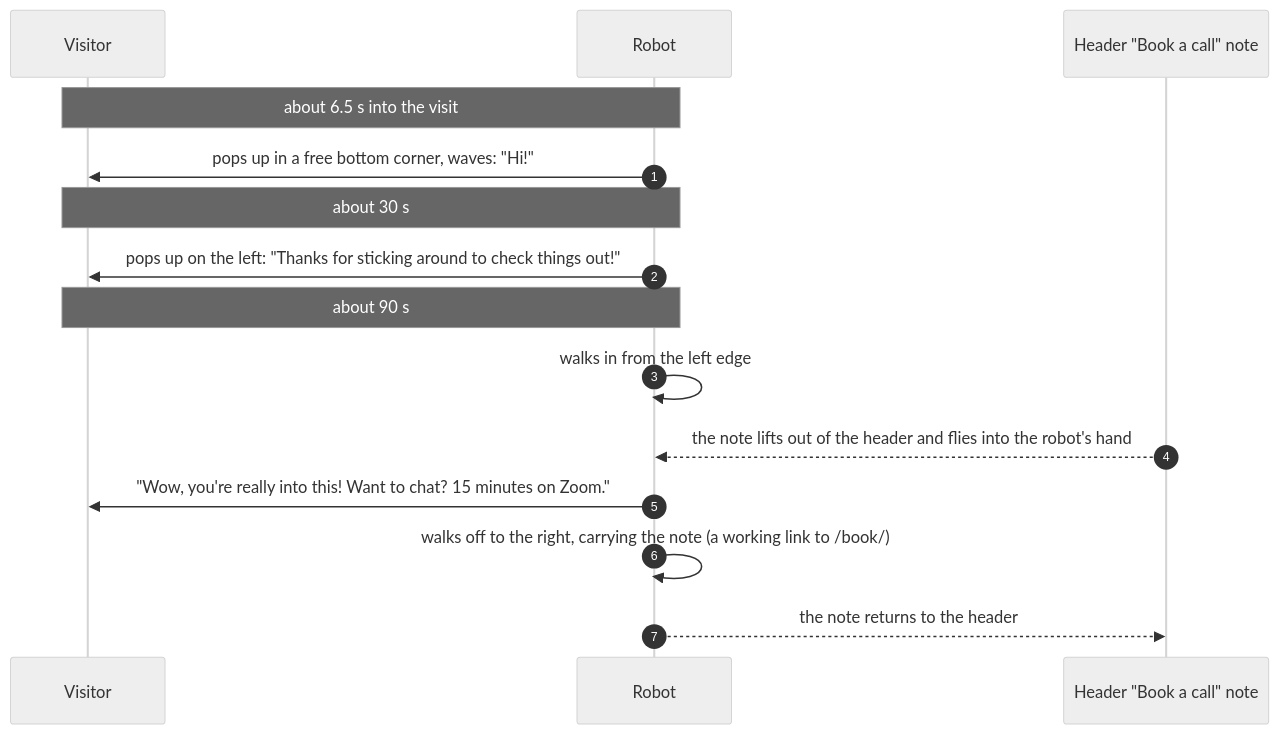
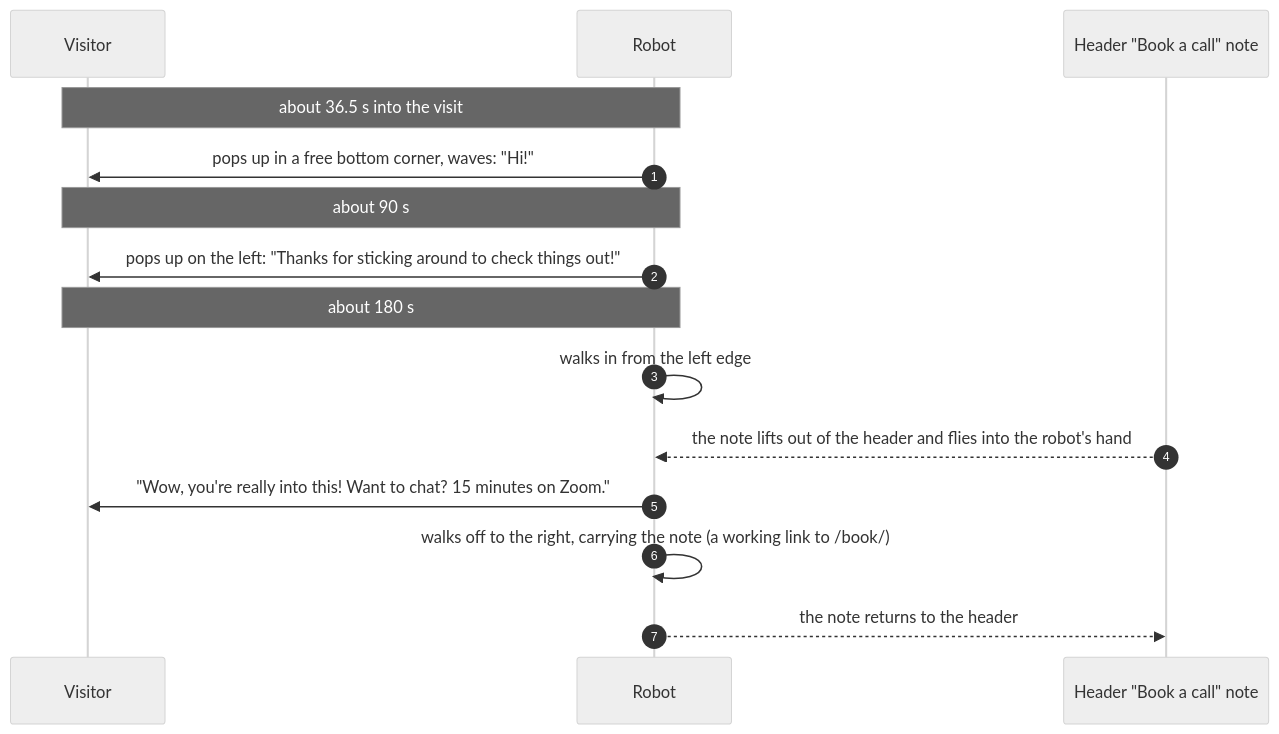
Before and after one commit to bcollier/ben.collier.phd: the fifth of 11 diagrams in README.md, drawn with Mermaid (neutral theme). The commit also changed other lines of this file and 1 other file, not shown here.

````diff
--- a/README.md
+++ b/README.md
@@ -205,17 +221,17 @@
 ```mermaid
 sequenceDiagram
   autonumber
   participant V as Visitor
   participant R as Robot
   participant H as Header "Book a call" note
-  Note over V,R: about 6.5 s into the visit
+  Note over V,R: about 36.5 s into the visit
   R->>V: pops up in a free bottom corner, waves: "Hi!"
-  Note over V,R: about 30 s
+  Note over V,R: about 90 s
   R->>V: pops up on the left: "Thanks for sticking around to check things out!"
-  Note over V,R: about 90 s
+  Note over V,R: about 180 s
   R->>R: walks in from the left edge
   H-->>R: the note lifts out of the header and flies into the robot's hand
   R->>V: "Wow, you're really into this! Want to chat? 15 minutes on Zoom."
   R->>R: walks off to the right, carrying the note (a working link to /book/)
   R-->>H: the note returns to the header
 ```
````
